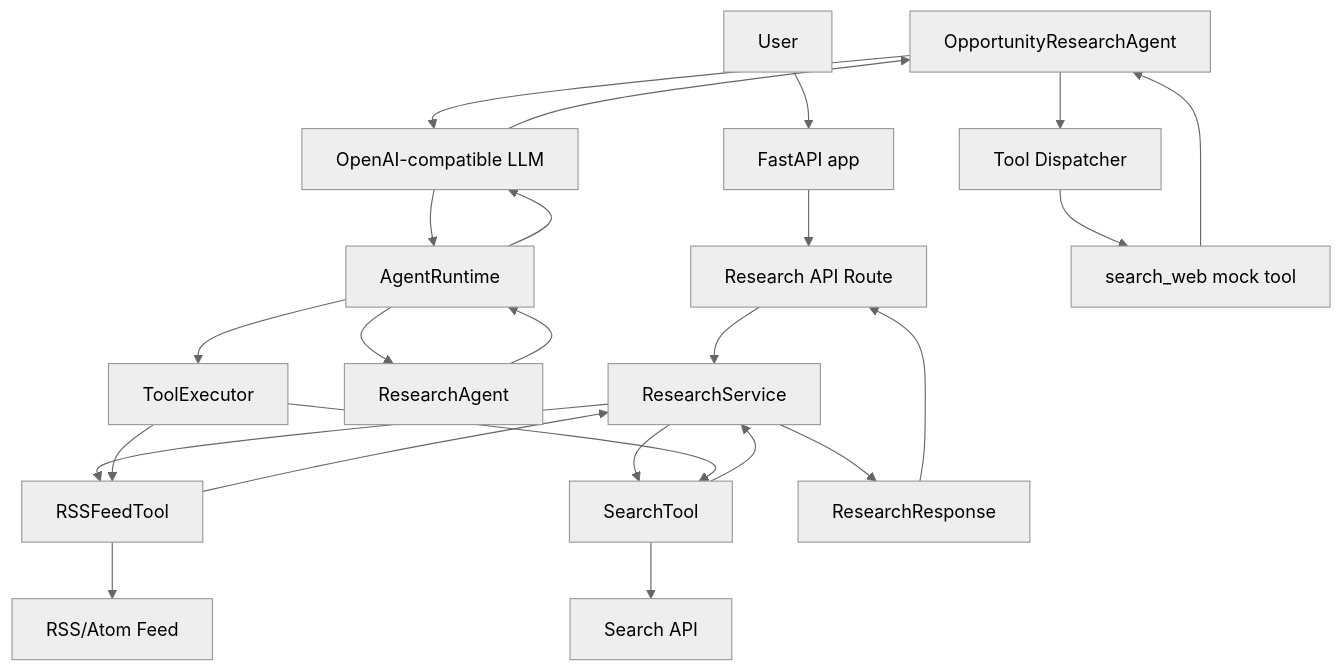
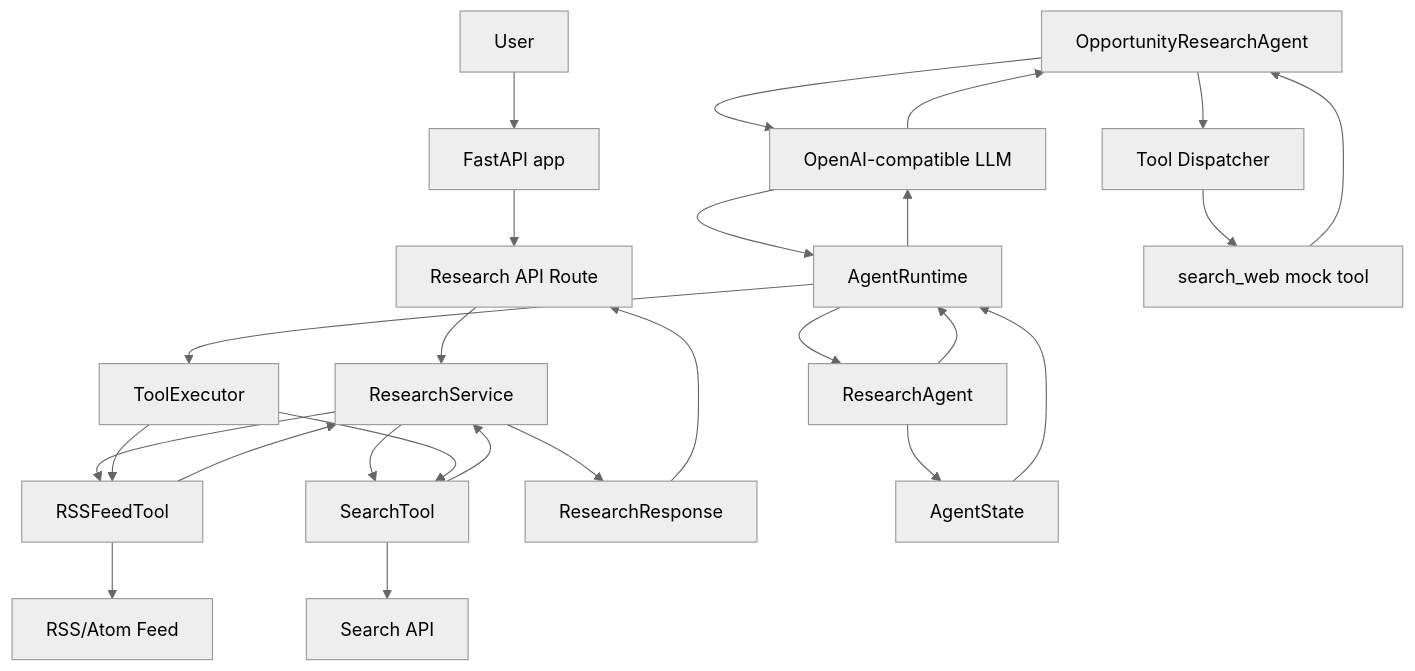
One commit to RJYAAVNA/agent-transition-lab changed the diagram in docs/ARCHITECTURE.md. Above: the diagram before and after it, drawn with Mermaid (neutral theme). The commit also changed other lines of this file and 21 other files, not shown here.

````diff
--- a/docs/ARCHITECTURE.md
+++ b/docs/ARCHITECTURE.md
@@ -91,45 +107,48 @@
 ```mermaid
 flowchart TD
     User[User]
     FastAPI[FastAPI app]
     API[Research API Route]
     Service[ResearchService]
     RSS[RSSFeedTool]
     Search[SearchTool]
     RSSAPI[RSS/Atom Feed]
     SearchAPI[Search API]
     Response[ResearchResponse]
     LegacyAgent[OpportunityResearchAgent]
     ResearchAgent[ResearchAgent]
     Runtime[AgentRuntime]
     Executor[ToolExecutor]
     LLM[OpenAI-compatible LLM]
     Dispatcher[Tool Dispatcher]
     MockTool[search_web mock tool]
+    State[AgentState]
 
     User --> FastAPI
     FastAPI --> API
     API --> Service
     Service --> RSS
     Service --> Search
     RSS --> RSSAPI
     Search --> SearchAPI
     RSS --> Service
     Search --> Service
     Service --> Response
     Response --> API
 
     LegacyAgent --> LLM
     LLM --> LegacyAgent
     LegacyAgent --> Dispatcher
     Dispatcher --> MockTool
     MockTool --> LegacyAgent
 
     ResearchAgent --> Runtime
+    ResearchAgent --> State
+    State --> Runtime
     Runtime --> LLM
     LLM --> Runtime
     Runtime --> Executor
     Executor --> RSS
     Executor --> Search
     Runtime --> ResearchAgent
 ```
````
